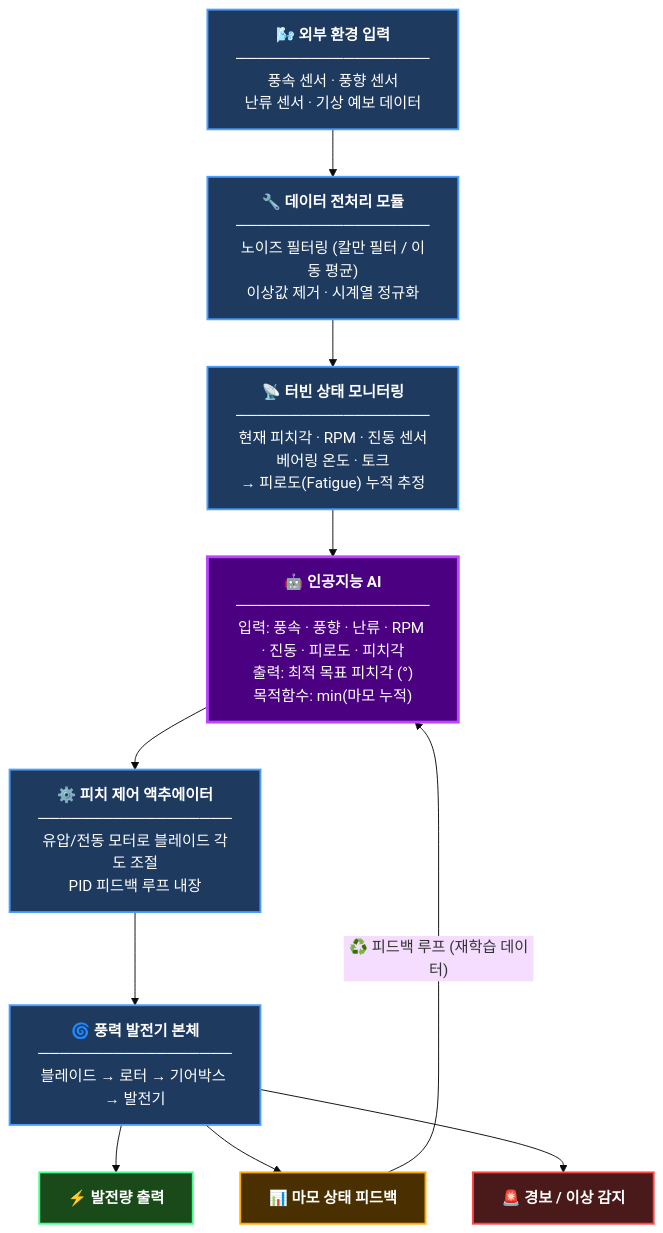
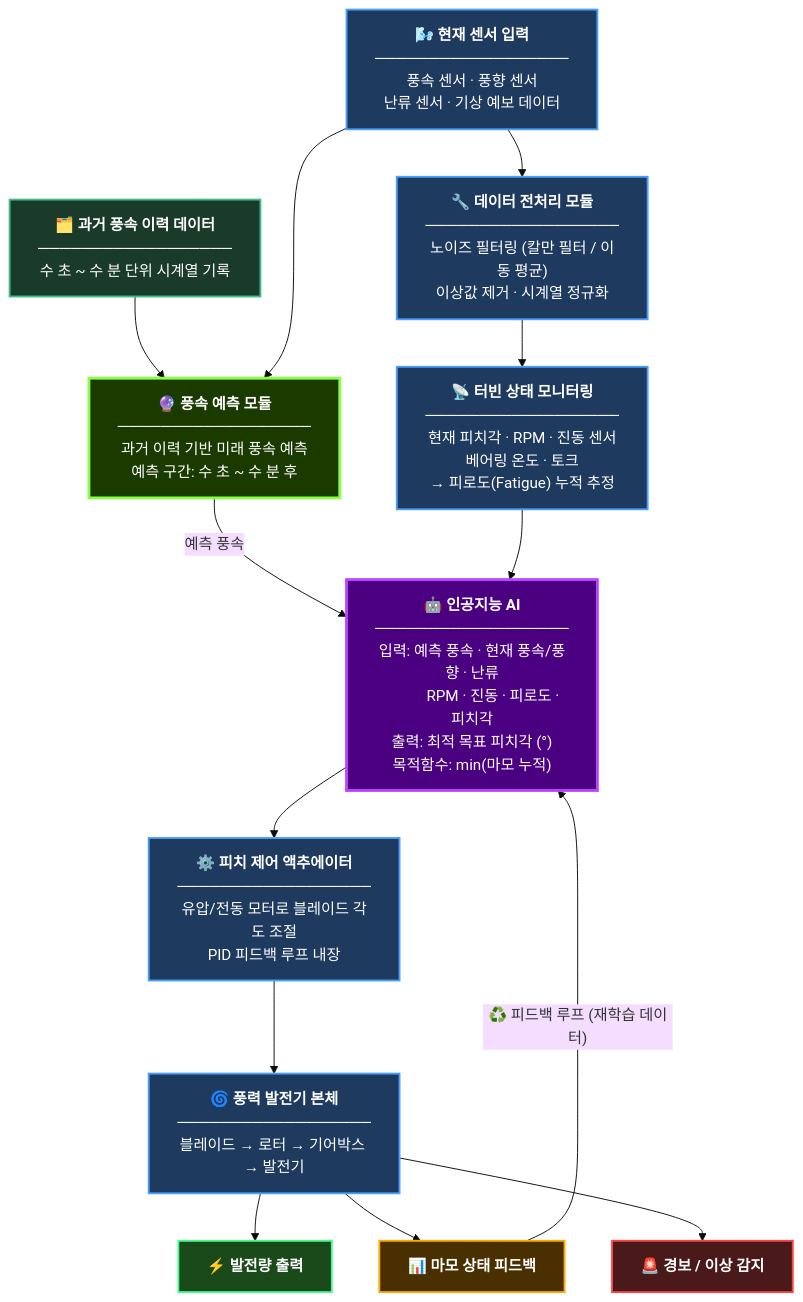
One commit to spickingerqc-web/wind-turbine-ai changed the diagram in README.md. Above: the diagram before and after it, drawn with Mermaid (base theme). The commit also changed other lines of this file, not shown here.

Commit message:
Add wind speed prediction module to block diagram
Switched from reactive to predictive control:
- Added wind history data input node
- Added wind speed prediction module
- AI now uses predicted wind speed as input

````diff
--- a/README.md
+++ b/README.md
@@ -12,32 +12,46 @@
 ```mermaid
 flowchart TD
-    A["<b>🌬️ 외부 환경 입력</b><br/>──────────────────<br/>풍속 센서 · 풍향 센서<br/>난류 센서 · 기상 예보 데이터"]
+    A1["<b>🗂️ 과거 풍속 이력 데이터</b><br/>──────────────────<br/>수 초 ~ 수 분 단위 시계열 기록"]
+    A2["<b>🌬️ 현재 센서 입력</b><br/>──────────────────<br/>풍속 센서 · 풍향 센서<br/>난류 센서 · 기상 예보 데이터"]
+
+    P["<b>🔮 풍속 예측 모듈</b><br/>──────────────────<br/>과거 이력 기반 미래 풍속 예측<br/>예측 구간: 수 초 ~ 수 분 후"]
+
     B["<b>🔧 데이터 전처리 모듈</b><br/>──────────────────<br/>노이즈 필터링 (칼만 필터 / 이동 평균)<br/>이상값 제거 · 시계열 정규화"]
+
     C["<b>📡 터빈 상태 모니터링</b><br/>──────────────────<br/>현재 피치각 · RPM · 진동 센서<br/>베어링 온도 · 토크<br/>→ 피로도(Fatigue) 누적 추정"]
-    D["<b>🤖 인공지능 AI</b><br/>──────────────────<br/>입력: 풍속 · 풍향 · 난류 · RPM · 진동 · 피로도 · 피치각<br/>출력: 최적 목표 피치각 (°)<br/>목적함수: min(마모 누적)"]
+
+    D["<b>🤖 인공지능 AI</b><br/>──────────────────<br/>입력: 예측 풍속 · 현재 풍속/풍향 · 난류<br/>　　　RPM · 진동 · 피로도 · 피치각<br/>출력: 최적 목표 피치각 (°)<br/>목적함수: min(마모 누적)"]
+
     E["<b>⚙️ 피치 제어 액추에이터</b><br/>──────────────────<br/>유압/전동 모터로 블레이드 각도 조절<br/>PID 피드백 루프 내장"]
+
     F["<b>🌀 풍력 발전기 본체</b><br/>──────────────────<br/>블레이드 → 로터 → 기어박스 → 발전기"]
+
     G["<b>⚡ 발전량 출력</b>"]
     H["<b>📊 마모 상태 피드백</b>"]
     I["<b>🚨 경보 / 이상 감지</b>"]
 
-    A --> B
+    A1 --> P
+    A2 --> P
+    A2 --> B
+    P -->|"예측 풍속"| D
     B --> C
     C --> D
     D --> E
     E --> F
     F --> G
     F --> H
     F --> I
     H -->|"♻️ 피드백 루프 (재학습 데이터)"| D
 
-    style A fill:#1e3a5f,color:#fff,stroke:#4a9eff,stroke-width:2px
+    style A1 fill:#1a3a2a,color:#fff,stroke:#44bb88,stroke-width:2px
+    style A2 fill:#1e3a5f,color:#fff,stroke:#4a9eff,stroke-width:2px
+    style P fill:#1a3a00,color:#fff,stroke:#88ff44,stroke-width:3px
     style B fill:#1e3a5f,color:#fff,stroke:#4a9eff,stroke-width:2px
     style C fill:#1e3a5f,color:#fff,stroke:#4a9eff,stroke-width:2px
     style D fill:#4a0080,color:#fff,stroke:#bb44ff,stroke-width:3px
     style E fill:#1e3a5f,color:#fff,stroke:#4a9eff,stroke-width:2px
     style F fill:#1e3a5f,color:#fff,stroke:#4a9eff,stroke-width:2px
     style G fill:#1a4a1a,color:#fff,stroke:#44ff88,stroke-width:2px
     style H fill:#4a3000,color:#fff,stroke:#ffaa00,stroke-width:2px
     style I fill:#4a1a1a,color:#fff,stroke:#ff4444,stroke-width:2px
 ```
````
